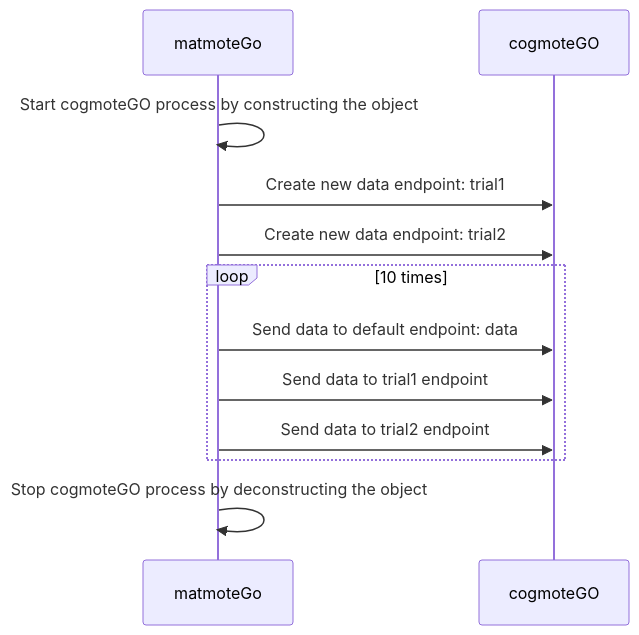
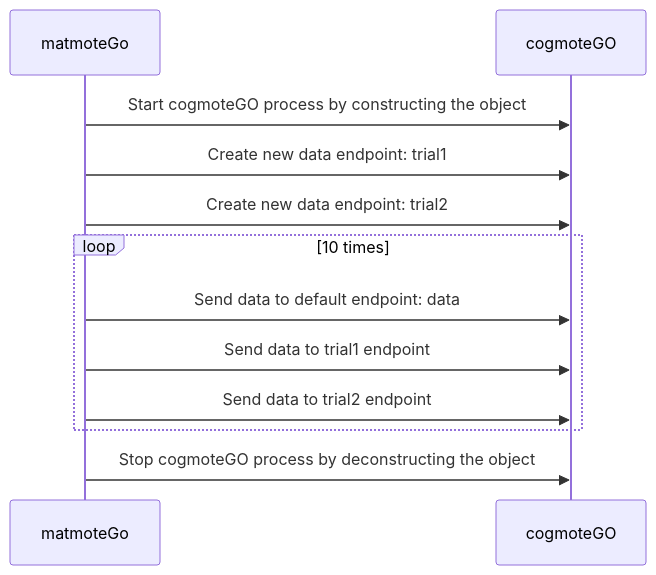
Before and after one commit to Ccccraz/matmoteGO: the third of 3 diagrams in README.md, drawn with Mermaid. The commit also changed other lines of this file, not shown here.

Commit message:
docs: :memo: fix logic error in diagram

````diff
--- a/README.md
+++ b/README.md
@@ -103,12 +106,12 @@
 ```mermaid
 sequenceDiagram
-    matmoteGo->>matmoteGo: Start cogmoteGO process by constructing the object
+    matmoteGo->>cogmoteGO: Start cogmoteGO process by constructing the object
     matmoteGo->>cogmoteGO: Create new data endpoint: trial1
     matmoteGo->>cogmoteGO: Create new data endpoint: trial2
     loop 10 times
         matmoteGo->>cogmoteGO: Send data to default endpoint: data
         matmoteGo->>cogmoteGO: Send data to trial1 endpoint
         matmoteGo->>cogmoteGO: Send data to trial2 endpoint
     end
-    matmoteGo->>matmoteGo: Stop cogmoteGO process by deconstructing the object
+    matmoteGo->>cogmoteGO: Stop cogmoteGO process by deconstructing the object
 ```
````
